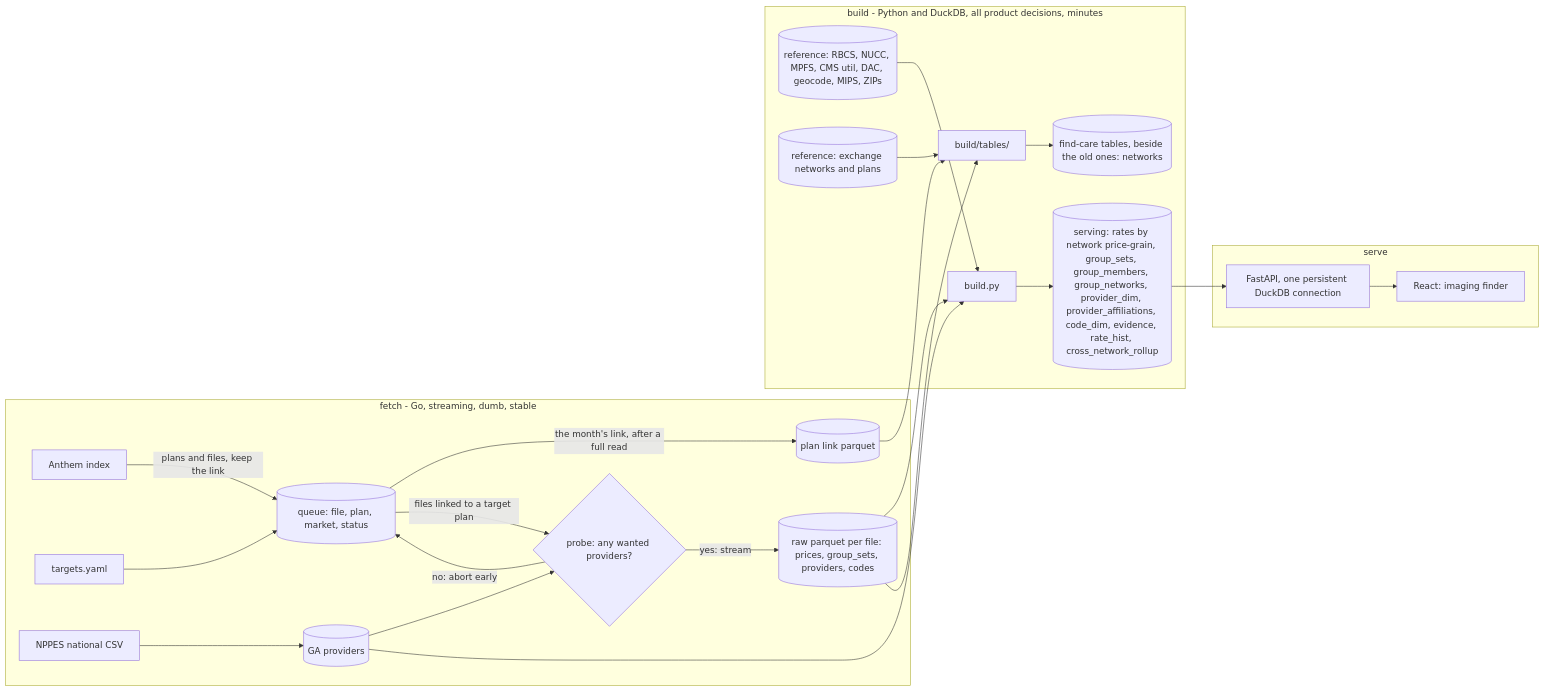
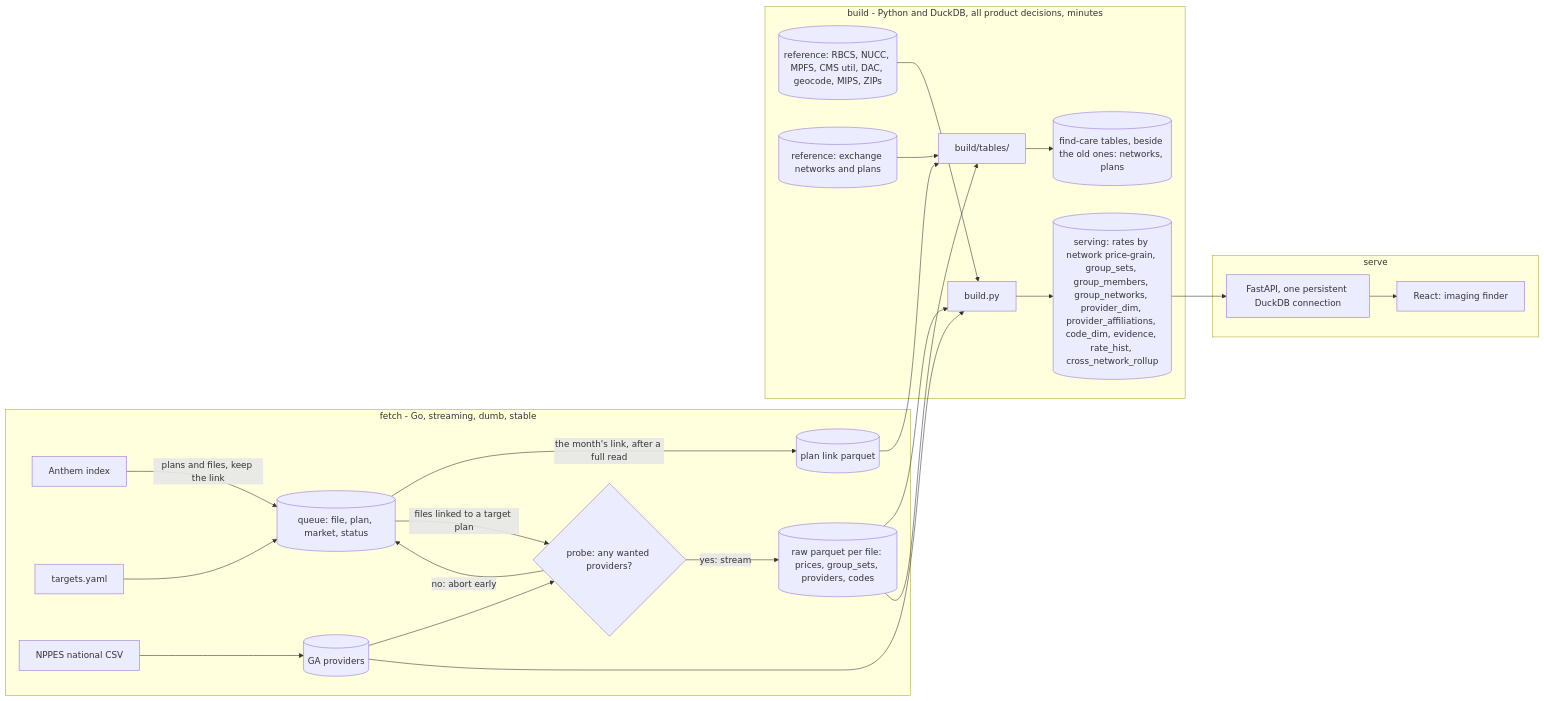
The first of 3 diagrams in docs/architecture.md (wmespi/honest-healthcare), drawn with Mermaid before and after one commit. The commit also changed 9 other files, not shown here.

First line of the commit message:
feat(build): the find-care plans table (#135) (#154)

````diff
--- a/docs/architecture.md
+++ b/docs/architecture.md
@@ -33,27 +33,27 @@
 ```mermaid
 flowchart LR
   subgraph fetch [fetch - Go, streaming, dumb, stable]
     IDX[Anthem index] -->|"plans and files, keep the link"| Q[(queue: file, plan, market, status)]
     Q -->|"the month's link, after a full read"| LINK[(plan link parquet)]
     TGT[targets.yaml] --> Q
     Q -->|"files linked to a target plan"| PROBE{"probe: any wanted providers?"}
     PROBE -->|"no: abort early"| Q
     PROBE -->|"yes: stream"| RAW[(raw parquet per file: prices, group_sets, providers, codes)]
     NPPES[NPPES national CSV] --> GA[(GA providers)]
     GA --> PROBE
   end
   subgraph build [build - Python and DuckDB, all product decisions, minutes]
     RAW --> B[build.py]
     GA --> B
     REF[(reference: RBCS, NUCC, MPFS, CMS util, DAC, geocode, MIPS, ZIPs)] --> B
     B --> SRV[(serving: rates by network price-grain, group_sets, group_members, group_networks, provider_dim, provider_affiliations, code_dim, evidence, rate_hist, cross_network_rollup)]
     RAW --> FC["build/tables/"]
     LINK --> FC
     XNET[(reference: exchange networks and plans)] --> FC
-    FC --> FCT[("find-care tables, beside the old ones: networks")]
+    FC --> FCT[("find-care tables, beside the old ones: networks, plans")]
   end
   subgraph serve [serve]
     SRV --> API[FastAPI, one persistent DuckDB connection]
     API --> WEB[React: imaging finder]
   end
 ```
````
